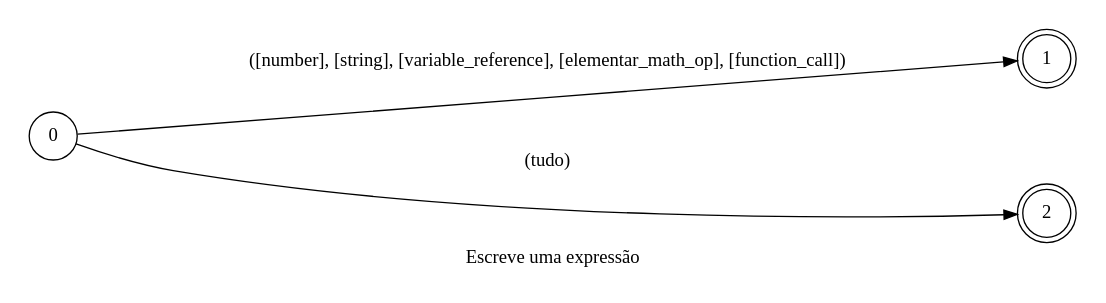
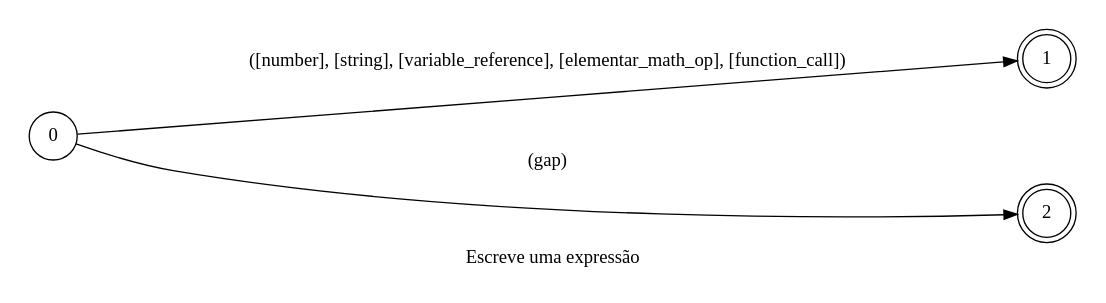
The diagram in spoken/src/modules/typescript/expressions/phrase_pt-BR.dot (pedrooaugusto/speech-to-code), drawn with Graphviz before and after one commit. The commit also changed 96 other files, not shown here.

```diff
--- a/spoken/src/modules/typescript/expressions/phrase_pt-BR.dot
+++ b/spoken/src/modules/typescript/expressions/phrase_pt-BR.dot
@@ -1,19 +1,19 @@
 digraph expressions {
     id="expressions";
     label="Escreve uma expressão";
     lang="pt-BR";
     langName="Português";
     pad="0.2";
     nodesep="1";
     ranksep="2";
     rankdir=LR;
     alias="true";
     node[shape=doublecircle]; 1 2;
     node[shape=circle];
 
     0 -> 1 [label="([number], [string], [variable_reference], [elementar_math_op], [function_call])", store=expression];
-    0 -> 2 [label="(tudo)", store=wildCard, normalizer="identity"];
+    0 -> 2 [label="(gap)", store=wildCard, normalizer="identity"];
 
     title="Escreve uma expressão";
     desc="Escreve uma expressão no editor de texto, esse automata foi projetado para ser usado em outros automatas";
 }
```
